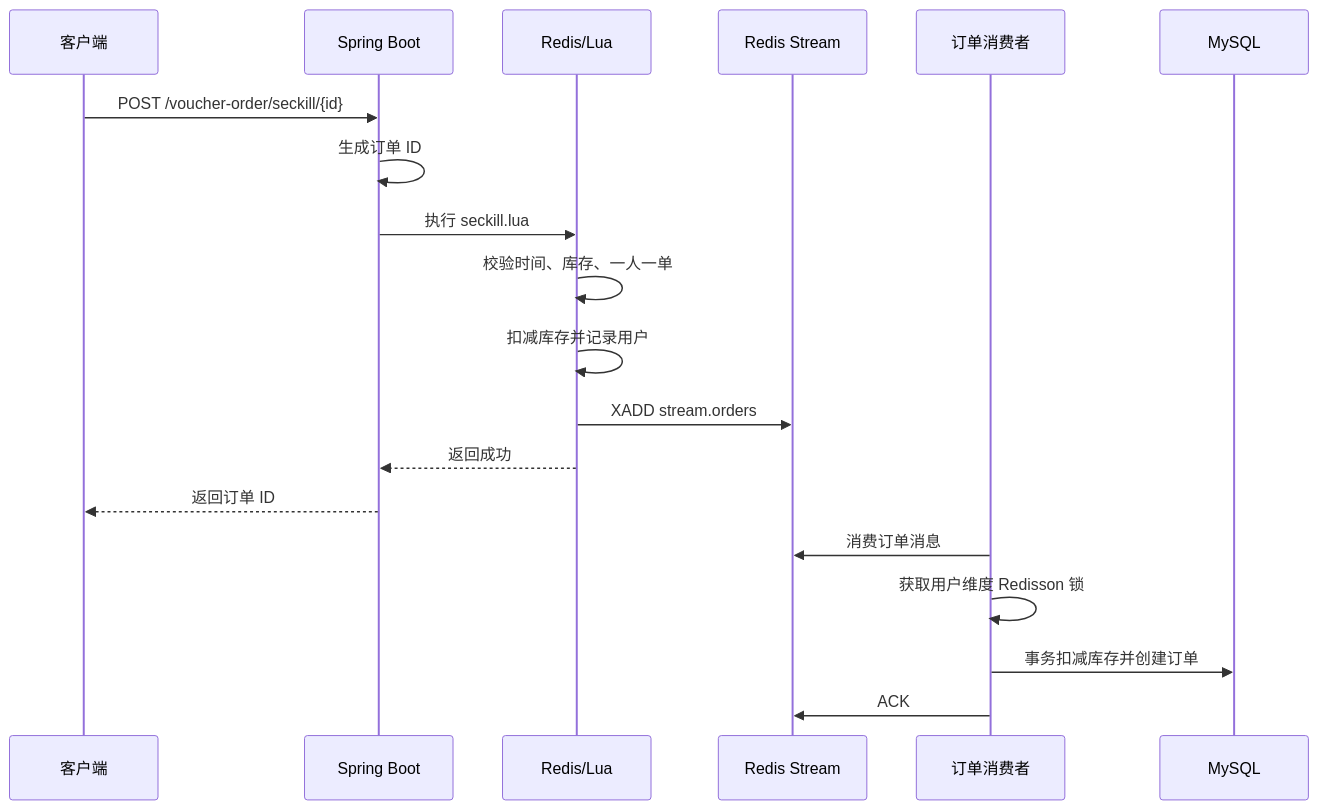
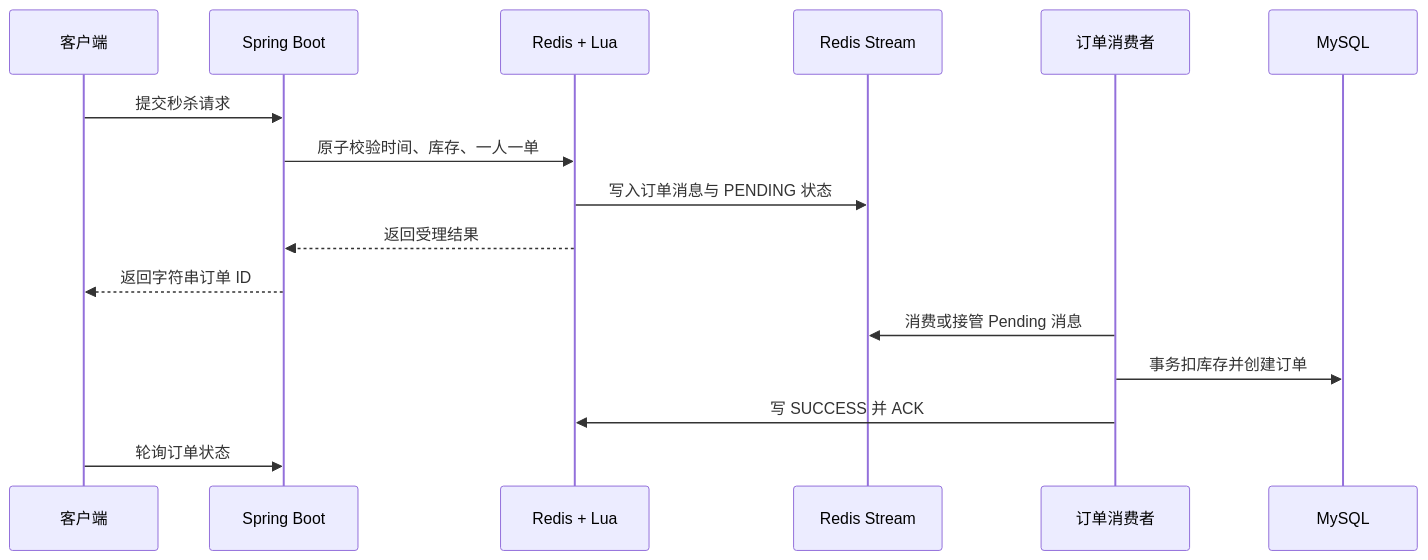
The second of 2 diagrams in README.md (mhn0207/CitySeek), drawn with Mermaid before and after one commit. The commit also changed other lines of this file and 17 other files, not shown here.

````diff
--- a/README.md
+++ b/README.md
@@ -471,22 +73,19 @@
 ```mermaid
 sequenceDiagram
-    participant C as 客户端
-    participant A as Spring Boot
-    participant R as Redis/Lua
-    participant S as Redis Stream
-    participant W as 订单消费者
-    participant D as MySQL
+    participant Client as 客户端
+    participant API as Spring Boot
+    participant Redis as Redis + Lua
+    participant Stream as Redis Stream
+    participant Worker as 订单消费者
+    participant MySQL as MySQL
 
-    C->>A: POST /voucher-order/seckill/{id}
-    A->>A: 生成订单 ID
-    A->>R: 执行 seckill.lua
-    R->>R: 校验时间、库存、一人一单
-    R->>R: 扣减库存并记录用户
-    R->>S: XADD stream.orders
-    R-->>A: 返回成功
-    A-->>C: 返回订单 ID
-    W->>S: 消费订单消息
-    W->>W: 获取用户维度 Redisson 锁
-    W->>D: 事务扣减库存并创建订单
-    W->>S: ACK
+    Client->>API: 提交秒杀请求
+    API->>Redis: 原子校验时间、库存、一人一单
+    Redis->>Stream: 写入订单消息与 PENDING 状态
+    Redis-->>API: 返回受理结果
+    API-->>Client: 返回字符串订单 ID
+    Worker->>Stream: 消费或接管 Pending 消息
+    Worker->>MySQL: 事务扣库存并创建订单
+    Worker->>Redis: 写 SUCCESS 并 ACK
+    Client->>API: 轮询订单状态
 ```
````
